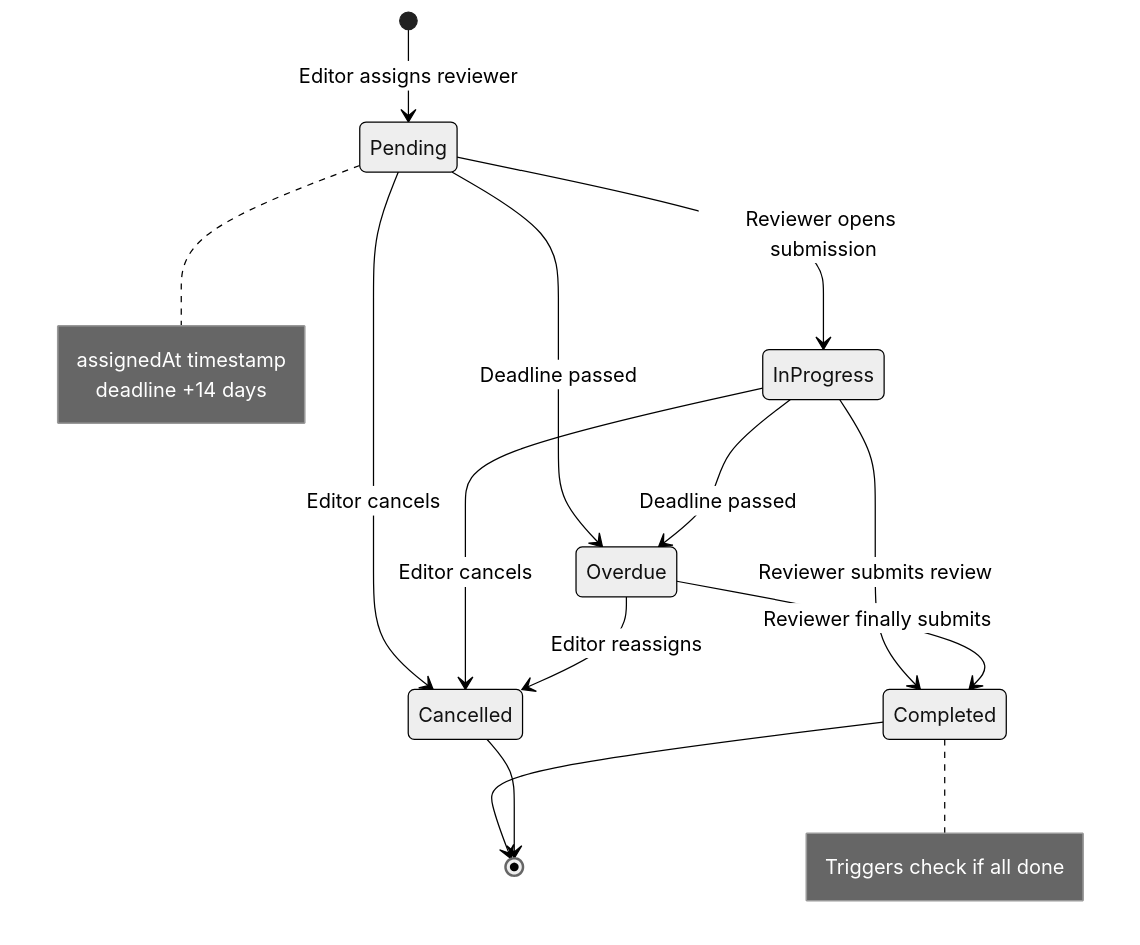
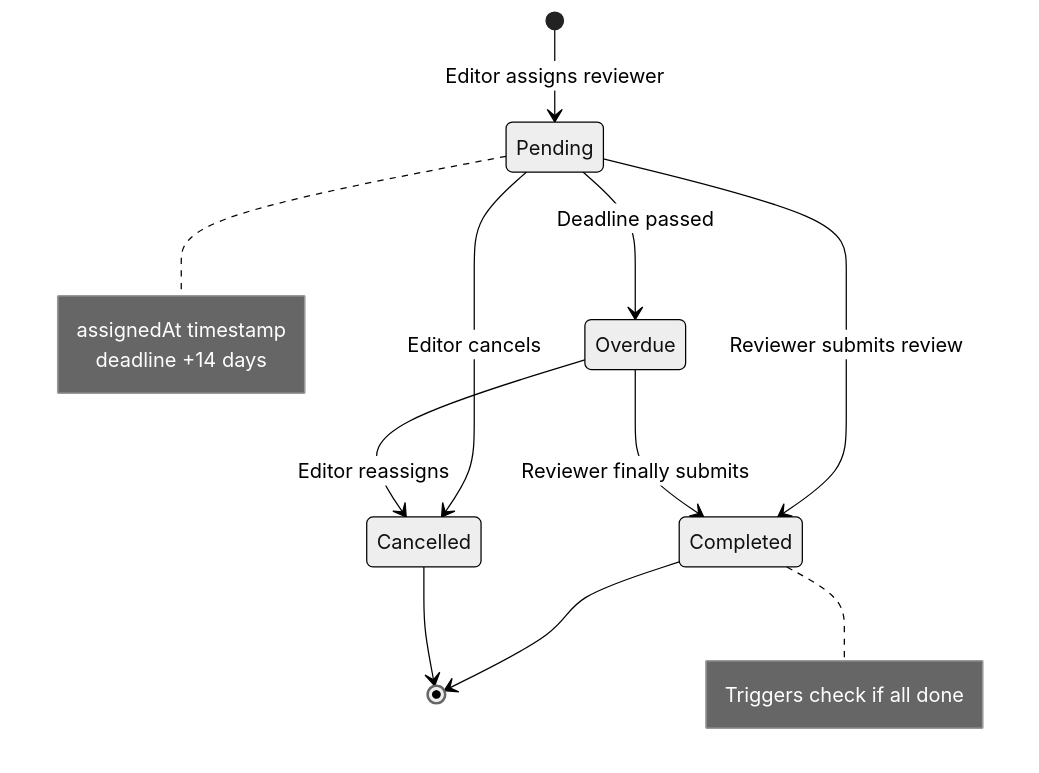
One commit to unlimited-labs/suberus changed the third of 5 diagrams in WORKFLOW.md. Above: the diagram before and after it, drawn with Mermaid (neutral theme). The commit also changed other lines of this file and 18 other files, not shown here.

````diff
--- a/WORKFLOW.md
+++ b/WORKFLOW.md
@@ -113,27 +113,23 @@
 ```mermaid
 stateDiagram-v2
     [*] --> Pending: Editor assigns reviewer
 
-    Pending --> InProgress: Reviewer opens submission
+    Pending --> Completed: Reviewer submits review
     Pending --> Overdue: Deadline passed
     Pending --> Cancelled: Editor cancels
-
-    InProgress --> Completed: Reviewer submits review
-    InProgress --> Overdue: Deadline passed
-    InProgress --> Cancelled: Editor cancels
 
     Overdue --> Cancelled: Editor reassigns
     Overdue --> Completed: Reviewer finally submits
 
     Completed --> [*]
     Cancelled --> [*]
 
     note right of Pending
         assignedAt timestamp
         deadline +14 days
     end note
 
     note right of Completed
         Triggers check if all done
     end note
 ```
````
